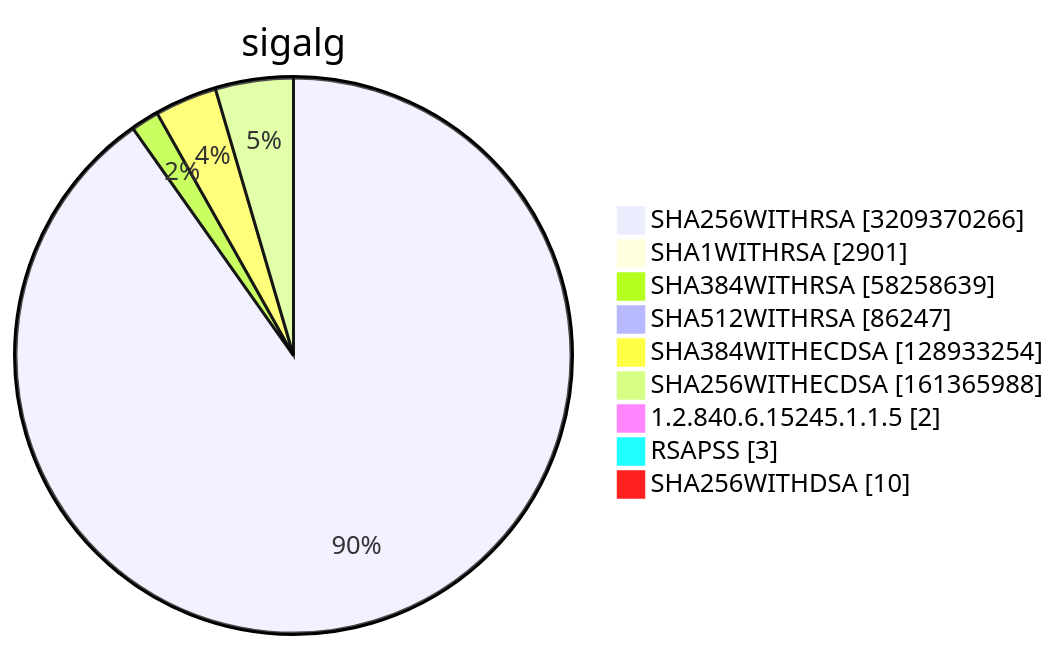
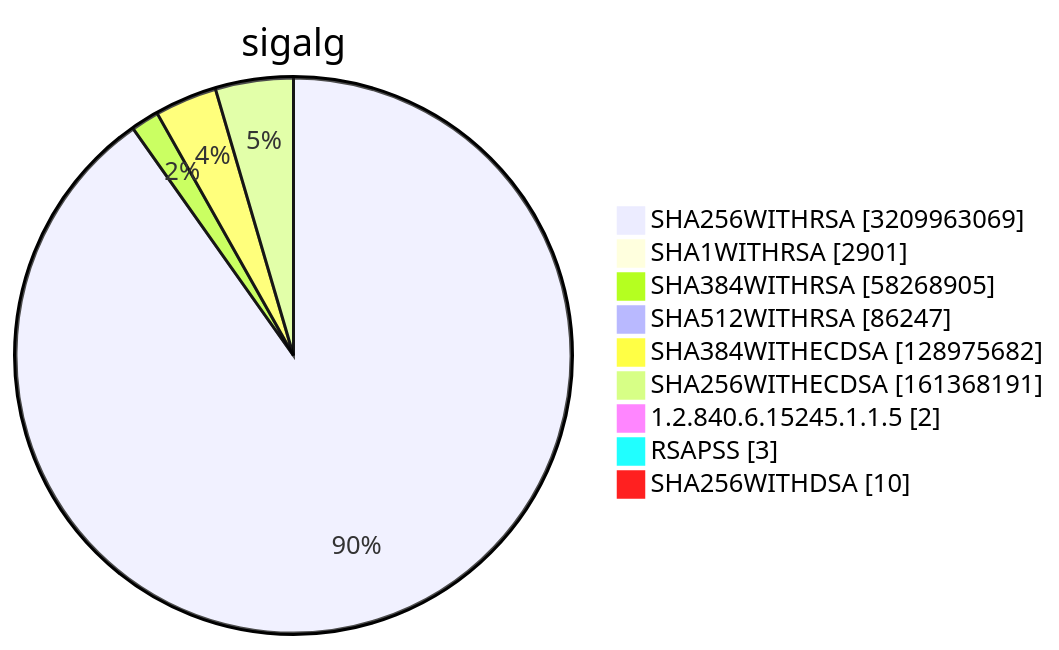
One commit to christiankrug/ctmonitor_visualization changed diagram 15 of 15 in TOTAL/README.md. Above: the diagram before and after it, drawn with Mermaid. The commit also changed other lines of this file, not shown here.

````diff
--- a/TOTAL/README.md
+++ b/TOTAL/README.md
@@ -6217,13 +6217,13 @@
 ```mermaid
 pie showData
 title sigalg
-"SHA256WITHRSA" :3209370266
+"SHA256WITHRSA" :3209963069
 "SHA1WITHRSA" :2901
-"SHA384WITHRSA" :58258639
+"SHA384WITHRSA" :58268905
 "SHA512WITHRSA" :86247
-"SHA384WITHECDSA" :128933254
-"SHA256WITHECDSA" :161365988
+"SHA384WITHECDSA" :128975682
+"SHA256WITHECDSA" :161368191
 "1.2.840.6.15245.1.1.5" :2
 "RSAPSS" :3
 "SHA256WITHDSA" :10
 ```
````
